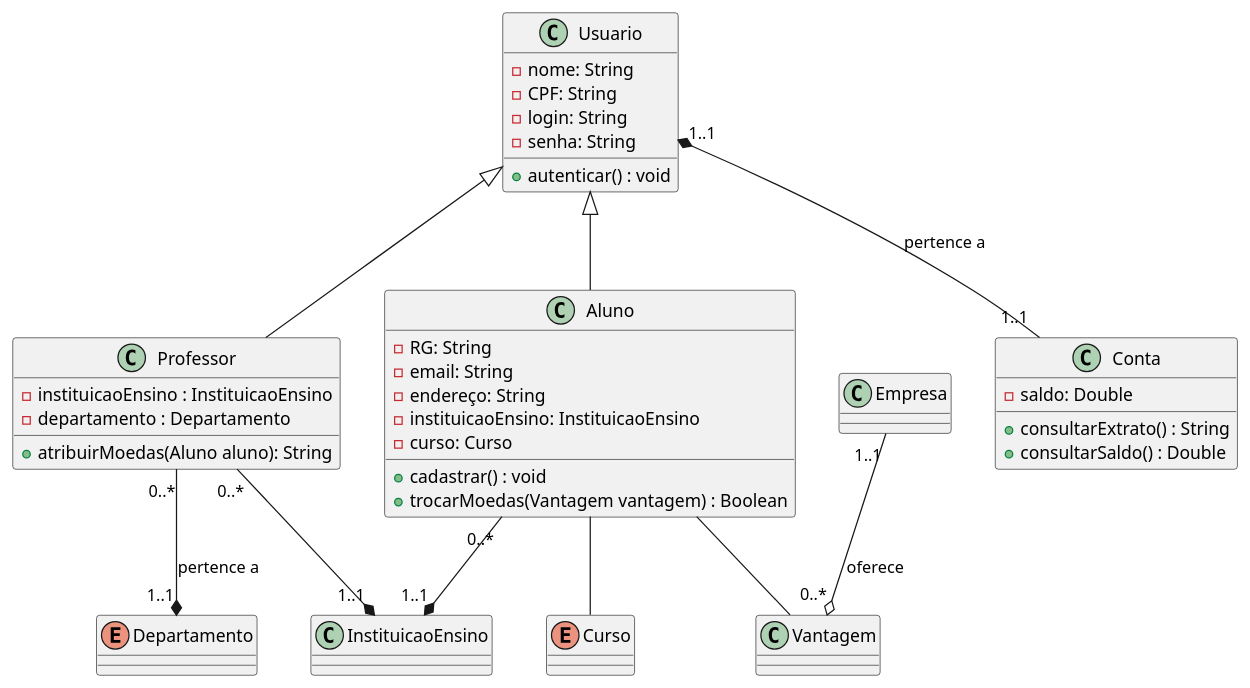
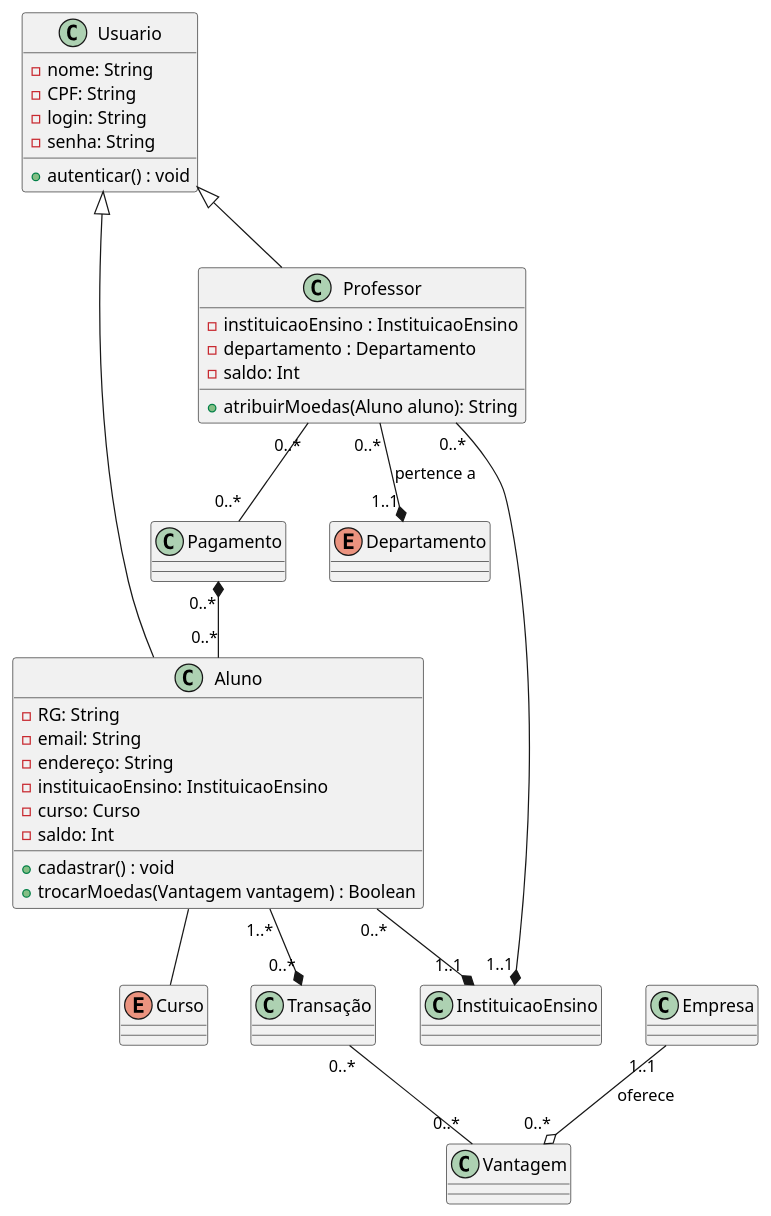
One commit to milenalara/sistema-moeda-estudantil changed the diagram in project/docs/ClassDiagram.puml. Above: the diagram before and after it, drawn with PlantUML.

Commit message:
Alteração Diagrama de Classe

```diff
--- a/project/docs/ClassDiagram.puml
+++ b/project/docs/ClassDiagram.puml
@@ -1,51 +1,51 @@
 @startuml
 'https://plantuml.com/class-diagram
 
 Usuario <|-- Aluno
 Usuario <|-- Professor
-Usuario "1..1" *-- "1..1" Conta : pertence a
 Aluno "0..*" --* "1..1" InstituicaoEnsino
 Aluno -- Curso
-Aluno -- Vantagem
+Aluno "1..*"--* "0..*" Transação
+Transação "0..*" -- "0..*" Vantagem
+Professor "0..*" -- "0..*" Pagamento
+Pagamento "0..*" *-- "0..*" Aluno
 Professor "0..*" --* "1..1" InstituicaoEnsino
 Professor "0..*" --* "1..1" Departamento : pertence a
 Empresa "1..1" --o "0..*" Vantagem : oferece
 
 class Usuario {
     - nome: String
     - CPF: String
     - login: String
     - senha: String
     + autenticar() : void
 }
 
 class Aluno{
     - RG: String
     - email: String
     - endereço: String
     - instituicaoEnsino: InstituicaoEnsino
     - curso: Curso
+    - saldo: Int
     + cadastrar() : void
     + trocarMoedas(Vantagem vantagem) : Boolean
 }
 
 class Professor{
     - instituicaoEnsino : InstituicaoEnsino
     - departamento : Departamento
+    - saldo: Int
     + atribuirMoedas(Aluno aluno): String
 }
 
-class Conta{
-    - saldo: Double
-    + consultarExtrato() : String
-    + consultarSaldo() : Double
-}
+
 
 class Empresa{}
 class InstituicaoEnsino{}
 class Vantagem {}
 
 enum Curso {}
 enum Departamento {}
 
 @enduml
```
